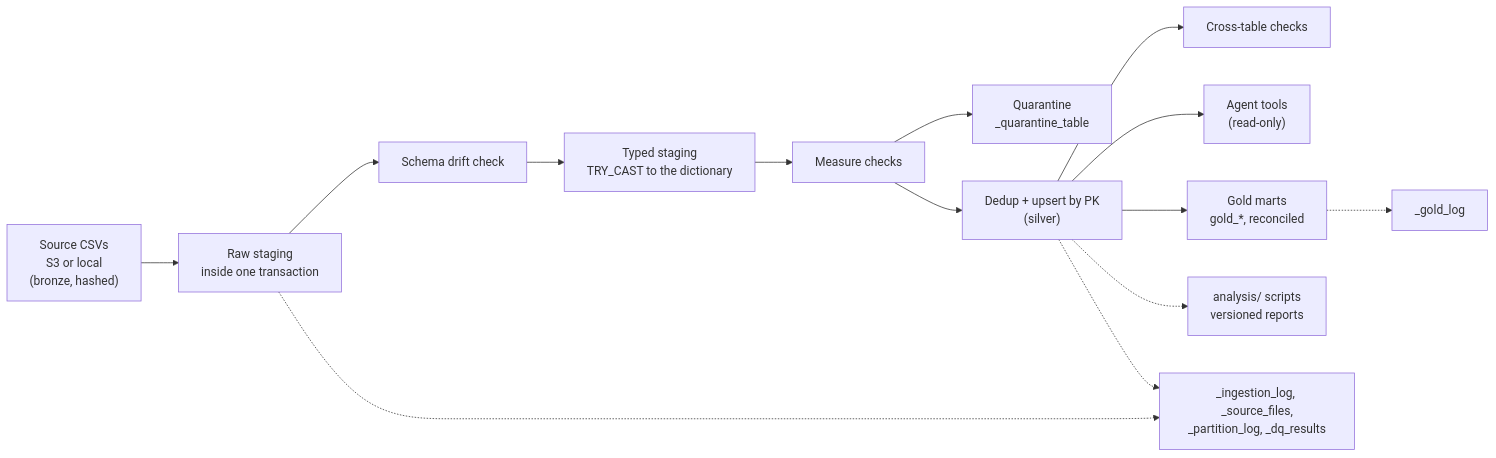
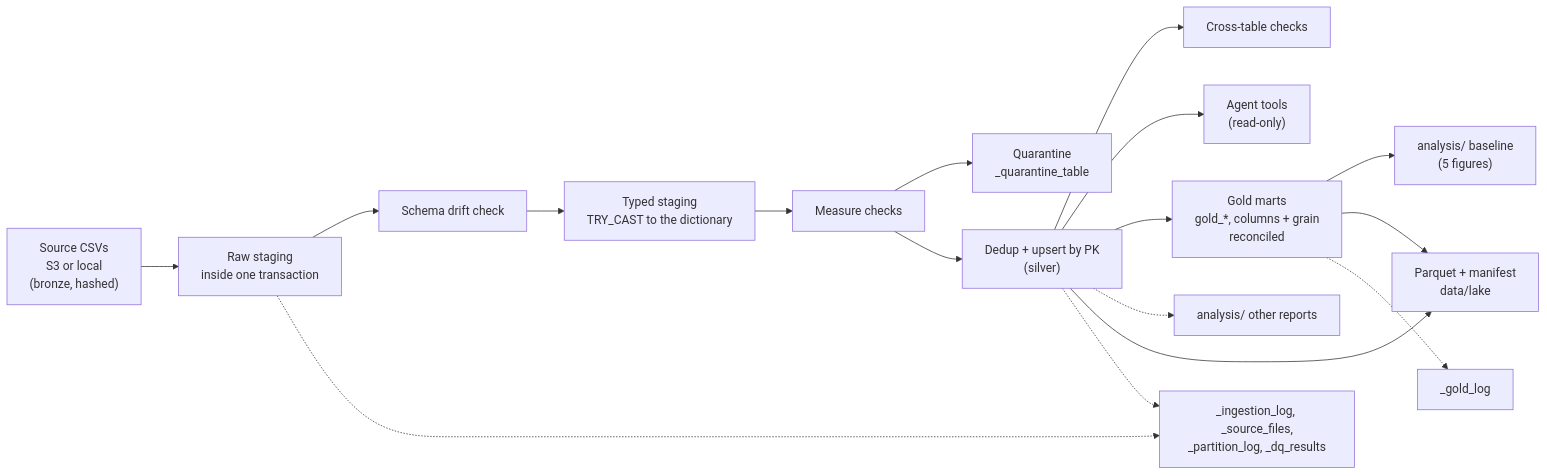
One commit to try-cecilia/factored-hackathon-2026-cecilia changed the diagram in docs/data_engineering.md. Above: the diagram before and after it, drawn with Mermaid. The commit also changed other lines of this file, not shown here.

Commit message:
Data engineering page: a clean measured load with its host, the gold contract and consumer, the Parquet copy, and two corrections

````diff
--- a/docs/data_engineering.md
+++ b/docs/data_engineering.md
@@ -17,14 +18,17 @@
 ```mermaid
 flowchart LR
   S["Source CSVs<br>S3 or local<br>(bronze, hashed)"] --> R["Raw staging<br>inside one transaction"]
   R --> D["Schema drift check"] --> T["Typed staging<br>TRY_CAST to the dictionary"]
   T --> M["Measure checks"] --> Q["Quarantine<br>_quarantine_table"]
   M --> U["Dedup + upsert by PK<br>(silver)"]
   U --> X["Cross-table checks"]
   U --> A["Agent tools<br>(read-only)"]
-  U --> G["Gold marts<br>gold_*, reconciled"]
-  U -.-> P["analysis/ scripts<br>versioned reports"]
+  U --> G["Gold marts<br>gold_*, columns + grain<br>reconciled"]
+  G --> P["analysis/ baseline<br>(5 figures)"]
+  U -.-> P2["analysis/ other reports"]
+  U --> K["Parquet + manifest<br>data/lake"]
+  G --> K
   R -.-> L["_ingestion_log, _source_files,<br>_partition_log, _dq_results"]
   G -.-> L2["_gold_log"]
   U -.-> L
 ```
````
